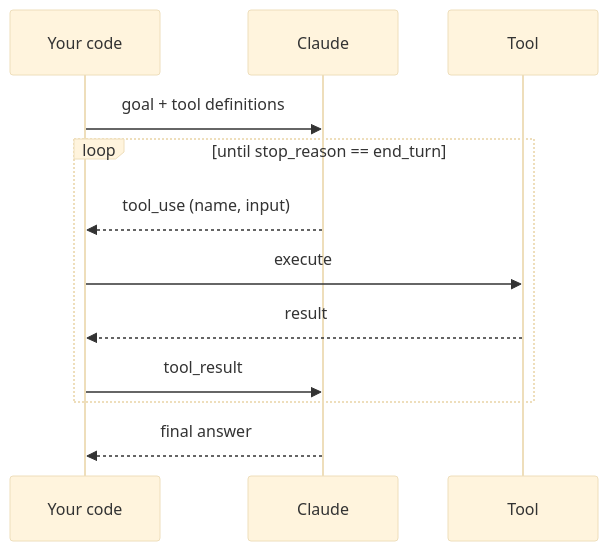
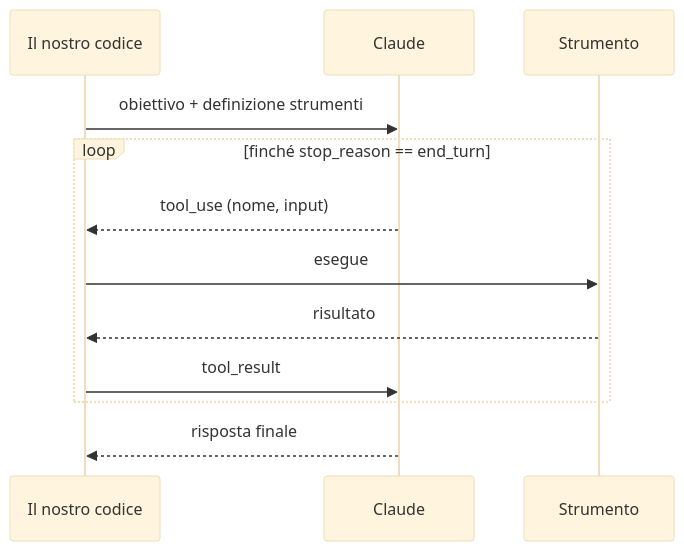
Before and after one commit to janmaru/ai-agentic: the second of 4 diagrams in slides/slides.md, drawn with Mermaid (base theme). The commit also changed other lines of this file and 13 other files, not shown here.

````diff
--- a/slides/slides.md
+++ b/slides/slides.md
@@ -62,14 +139,14 @@
 ```mermaid
 sequenceDiagram
-    participant App as Your code
+    participant App as Il nostro codice
     participant LLM as Claude
-    participant Tool as Tool
-    App->>LLM: goal + tool definitions
-    loop until stop_reason == end_turn
-        LLM-->>App: tool_use (name, input)
-        App->>Tool: execute
-        Tool-->>App: result
+    participant Tool as Strumento
+    App->>LLM: obiettivo + definizione strumenti
+    loop finché stop_reason == end_turn
+        LLM-->>App: tool_use (nome, input)
+        App->>Tool: esegue
+        Tool-->>App: risultato
         App->>LLM: tool_result
     end
-    LLM-->>App: final answer
+    LLM-->>App: risposta finale
 ```
````
